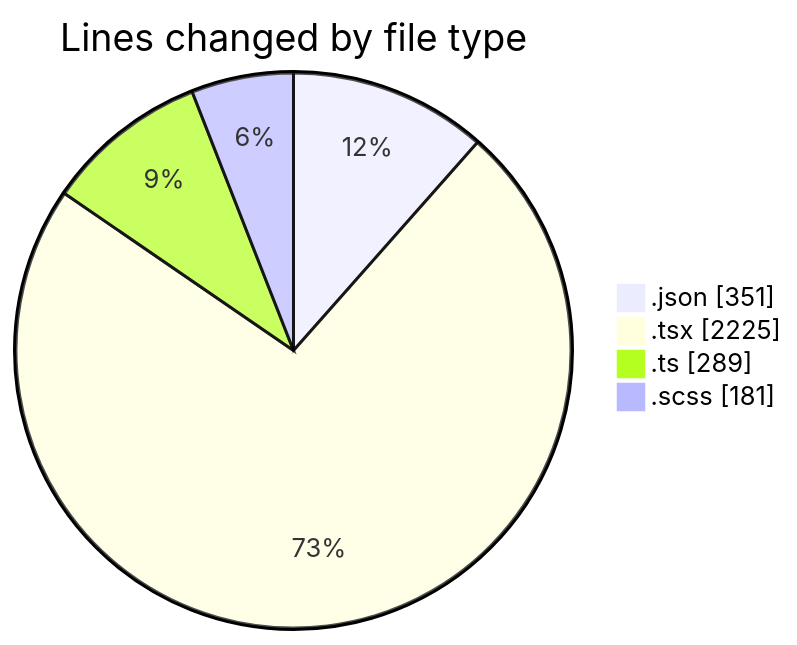
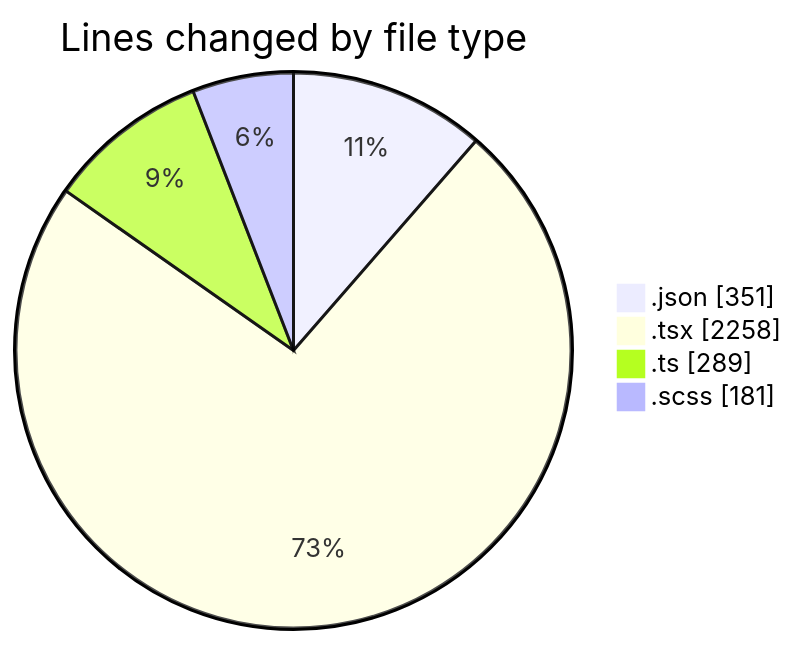
One commit to momahboobian/code-tracking changed the first of 2 diagrams in 2026-04-22/cda/README.md. Above: the diagram before and after it, drawn with Mermaid. The commit also changed other lines of this file and 1 other file, not shown here.

````diff
--- a/2026-04-22/cda/README.md
+++ b/2026-04-22/cda/README.md
@@ -44,8 +44,8 @@
 ```mermaid
 pie showData
 title Lines changed by file type
 ".json" : 351
-".tsx" : 2225
+".tsx" : 2258
 ".ts" : 289
 ".scss" : 181
 ```
````
